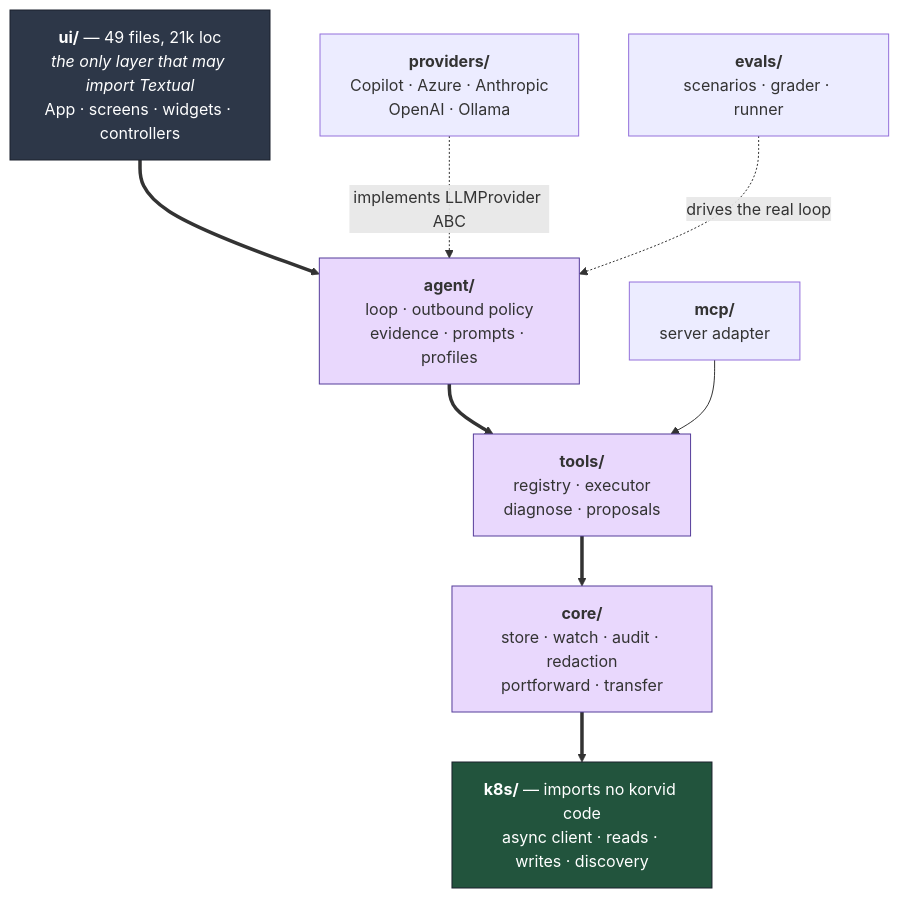
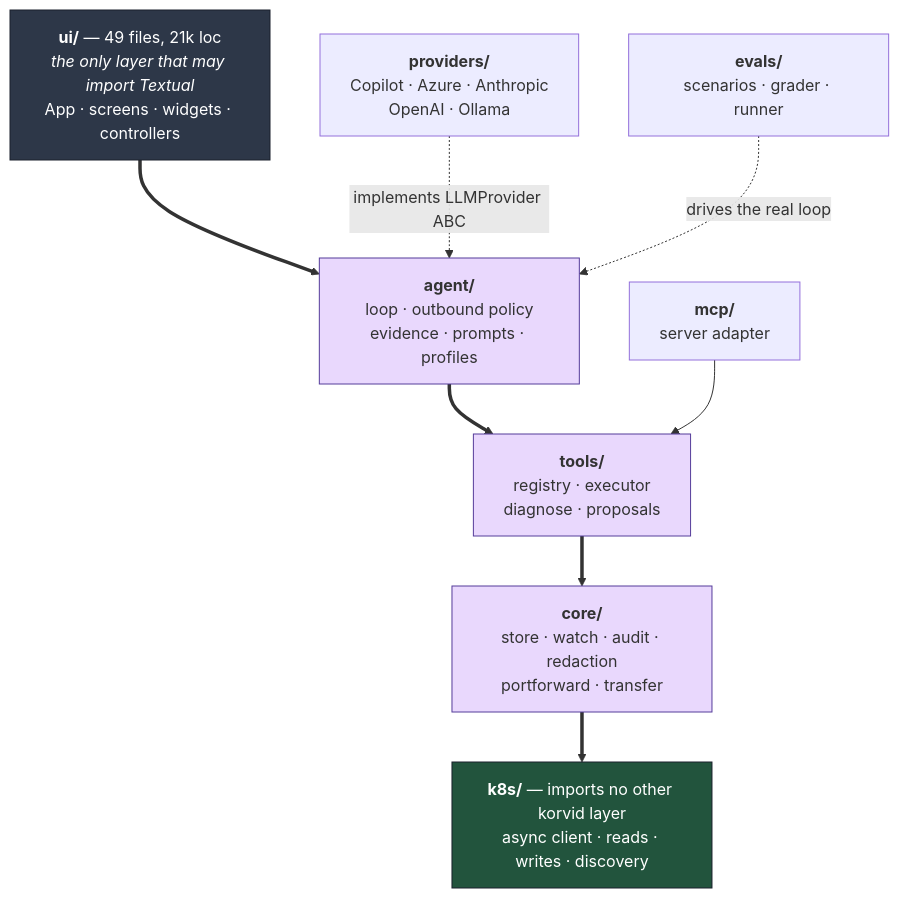
One commit to hellices/korvid changed the first of 7 diagrams in docs/dev/specs/2026-08-12-korvid-architecture.md. Above: the diagram before and after it, drawn with Mermaid. The commit also changed other lines of this file, not shown here.

````diff
--- a/docs/dev/specs/2026-08-12-korvid-architecture.md
+++ b/docs/dev/specs/2026-08-12-korvid-architecture.md
@@ -43,26 +43,26 @@
 ```mermaid
 flowchart TD
     UI["<b>ui/</b> — 49 files, 21k loc<br/><i>the only layer that may import Textual</i><br/>App · screens · widgets · controllers"]
     AGENT["<b>agent/</b><br/>loop · outbound policy<br/>evidence · prompts · profiles"]
     TOOLS["<b>tools/</b><br/>registry · executor<br/>diagnose · proposals"]
     CORE["<b>core/</b><br/>store · watch · audit · redaction<br/>portforward · transfer"]
-    K8S["<b>k8s/</b> — imports no korvid code<br/>async client · reads · writes · discovery"]
+    K8S["<b>k8s/</b> — imports no other korvid layer<br/>async client · reads · writes · discovery"]
     PROV["<b>providers/</b><br/>Copilot · Azure · Anthropic<br/>OpenAI · Ollama"]
     MCP["<b>mcp/</b><br/>server adapter"]
     EVALS["<b>evals/</b><br/>scenarios · grader · runner"]
 
     UI ==> AGENT
     AGENT ==> TOOLS
     TOOLS ==> CORE
     CORE ==> K8S
 
     MCP --> TOOLS
     PROV -.->|"implements LLMProvider ABC"| AGENT
     EVALS -.->|"drives the real loop"| AGENT
 
     style UI fill:#2d3748,color:#fff,stroke:#1a202c
     style K8S fill:#22543d,color:#fff,stroke:#1a202c
     style AGENT fill:#e9d8fd,stroke:#553c9a
     style TOOLS fill:#e9d8fd,stroke:#553c9a
     style CORE fill:#e9d8fd,stroke:#553c9a
 ```
````
